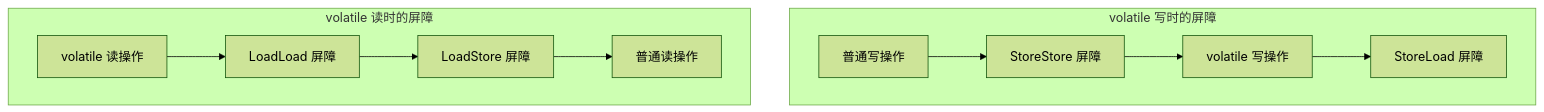
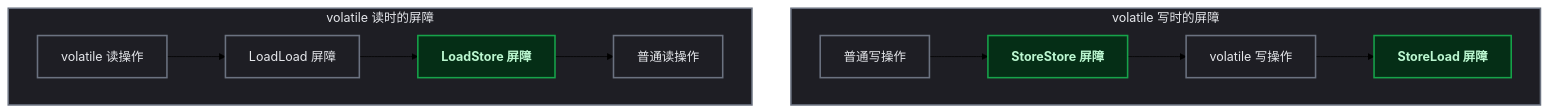
One commit to yaocat55/yaocat55.github.io changed the sixth of 7 diagrams in content/posts/concurrency/Volatile.md. Above: the diagram before and after it, drawn with Mermaid (forest theme). The commit also changed other lines of this file and 155 other files, not shown here.

````diff
--- a/content/posts/concurrency/Volatile.md
+++ b/content/posts/concurrency/Volatile.md
@@ -302,21 +318,27 @@
 ```mermaid
 flowchart TD
+%% 半暗底色 + 高亮描边：完美适配博客深色/浅色双主题 %%
+classDef process fill:#1e1e24,stroke:#6b7280,stroke-width:2px,color:#e5e7eb;
+classDef data fill:#052e16,stroke:#16a34a,stroke-width:2px,color:#bbf7d0,font-weight:bold;
     subgraph VOL_WRITE[volatile 写时的屏障]
         NORMAL_WRITE[普通写操作]
         SS[StoreStore 屏障]
         VW[volatile 写操作]
         SL[StoreLoad 屏障]
         NORMAL_WRITE --> SS
         SS --> VW
         VW --> SL
     end
     subgraph VOL_READ[volatile 读时的屏障]
         VR[volatile 读操作]
         LL[LoadLoad 屏障]
         LS[LoadStore 屏障]
         NORMAL_READ[普通读操作]
         VR --> LL
         LL --> LS
         LS --> NORMAL_READ
     end
+
+class LS,SL,SS data;
+class LL,NORMAL_READ,NORMAL_WRITE,VOL_READ,VOL_WRITE,VR,VW process;
 ```
````
